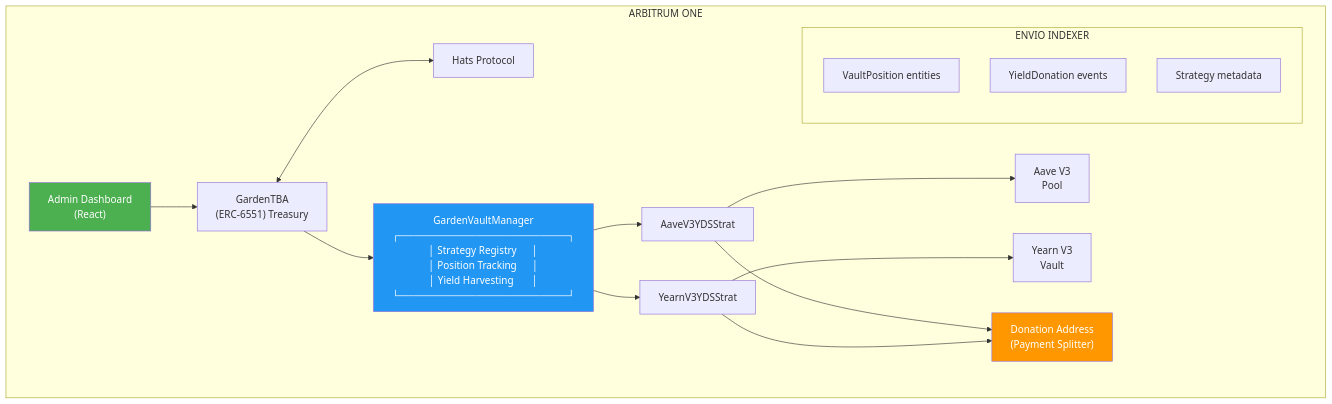
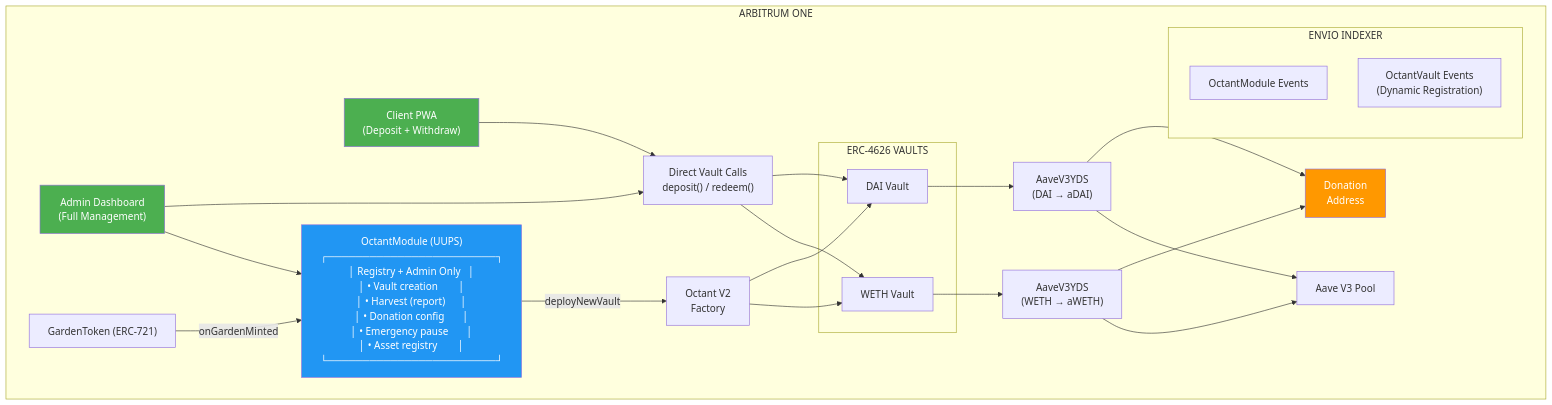
One commit to greenpill-dev-guild/green-goods changed the first of 2 diagrams in docs/docs/specs/octant/octant-tech-spec.md. Above: the diagram before and after it, drawn with Mermaid. The commit also changed other lines of this file and 7 other files, not shown here.

First line of the commit message:
docs(octant): update vault specs, plans, and cross-chain appendix

````diff
--- a/docs/docs/specs/octant/octant-tech-spec.md
+++ b/docs/docs/specs/octant/octant-tech-spec.md
@@ -94,36 +84,46 @@
 ```mermaid
 graph TB
     subgraph Arbitrum["ARBITRUM ONE"]
-        Admin["Admin Dashboard<br/>(React)"]
-        GardenTBA["GardenTBA<br/>(ERC-6551) Treasury"]
-        Hats["Hats Protocol"]
+        Client["Client PWA<br/>(Deposit + Withdraw)"]
+        Admin["Admin Dashboard<br/>(Full Management)"]
 
-        Admin --> GardenTBA
-        GardenTBA <--> Hats
+        Client --> Vault
+        Admin --> OM
+        Admin --> Vault
 
-        GardenTBA --> GVM
+        GT["GardenToken (ERC-721)"] --> |onGardenMinted| OM
 
-        GVM["GardenVaultManager<br/>┌────────────────────────┐<br/>│ Strategy Registry      │<br/>│ Position Tracking      │<br/>│ Yield Harvesting       │<br/>└────────────────────────┘"]
+        OM["OctantModule (UUPS)<br/>┌────────────────────────┐<br/>│ Registry + Admin Only   │<br/>│ • Vault creation        │<br/>│ • Harvest (report)      │<br/>│ • Donation config       │<br/>│ • Emergency pause       │<br/>│ • Asset registry        │<br/>└────────────────────────┘"]
 
-        GVM --> AaveStrat["AaveV3YDSStrat"]
-        GVM --> YearnStrat["YearnV3YDSStrat"]
+        OM --> |deployNewVault| Factory["Octant V2<br/>Factory"]
+        Factory --> WETHVault
+        Factory --> DAIVault
 
-        AaveStrat --> AavePool["Aave V3<br/>Pool"]
-        YearnStrat --> YearnVault["Yearn V3<br/>Vault"]
+        subgraph Vaults["ERC-4626 VAULTS"]
+            WETHVault["WETH Vault"]
+            DAIVault["DAI Vault"]
+        end
 
-        AaveStrat --> Donation
-        YearnStrat --> Donation
+        Vault["Direct Vault Calls<br/>deposit() / redeem()"] --> WETHVault
+        Vault --> DAIVault
 
-        Donation["Donation Address<br/>(Payment Splitter)"]
+        WETHVault --> WETHStrat["AaveV3YDS<br/>(WETH → aWETH)"]
+        DAIVault --> DAIStrat["AaveV3YDS<br/>(DAI → aDAI)"]
+
+        WETHStrat --> AavePool["Aave V3 Pool"]
+        DAIStrat --> AavePool
+
+        WETHStrat --> Donation["Donation<br/>Address"]
+        DAIStrat --> Donation
 
         subgraph Indexer["ENVIO INDEXER"]
-            VP["VaultPosition entities"]
-            YD["YieldDonation events"]
-            SM["Strategy metadata"]
+            Source1["OctantModule Events"]
+            Source2["OctantVault Events<br/>(Dynamic Registration)"]
         end
     end
 
+    style Client fill:#4CAF50,color:#fff
     style Admin fill:#4CAF50,color:#fff
-    style GVM fill:#2196F3,color:#fff
+    style OM fill:#2196F3,color:#fff
     style Donation fill:#FF9800,color:#fff
 ```
````
